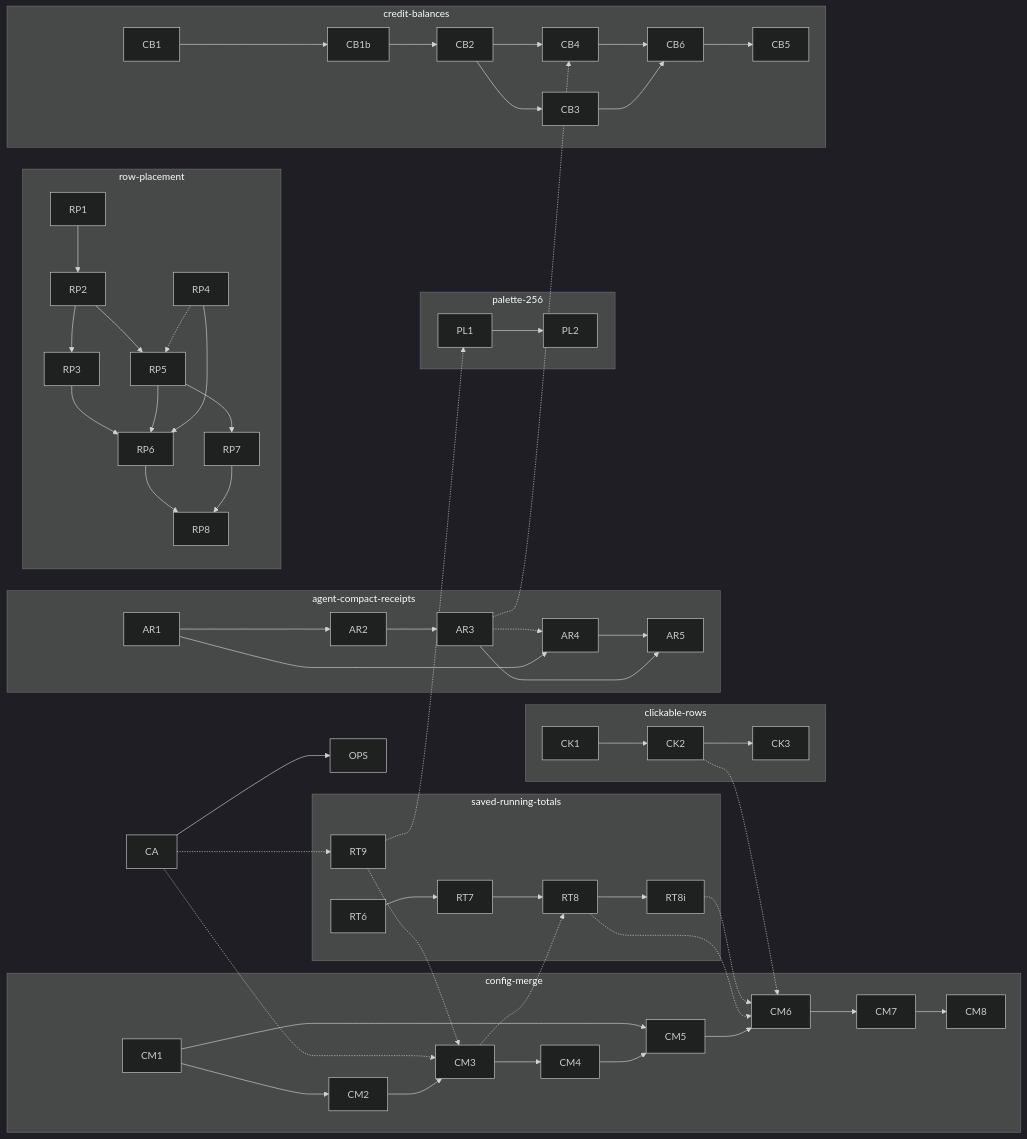
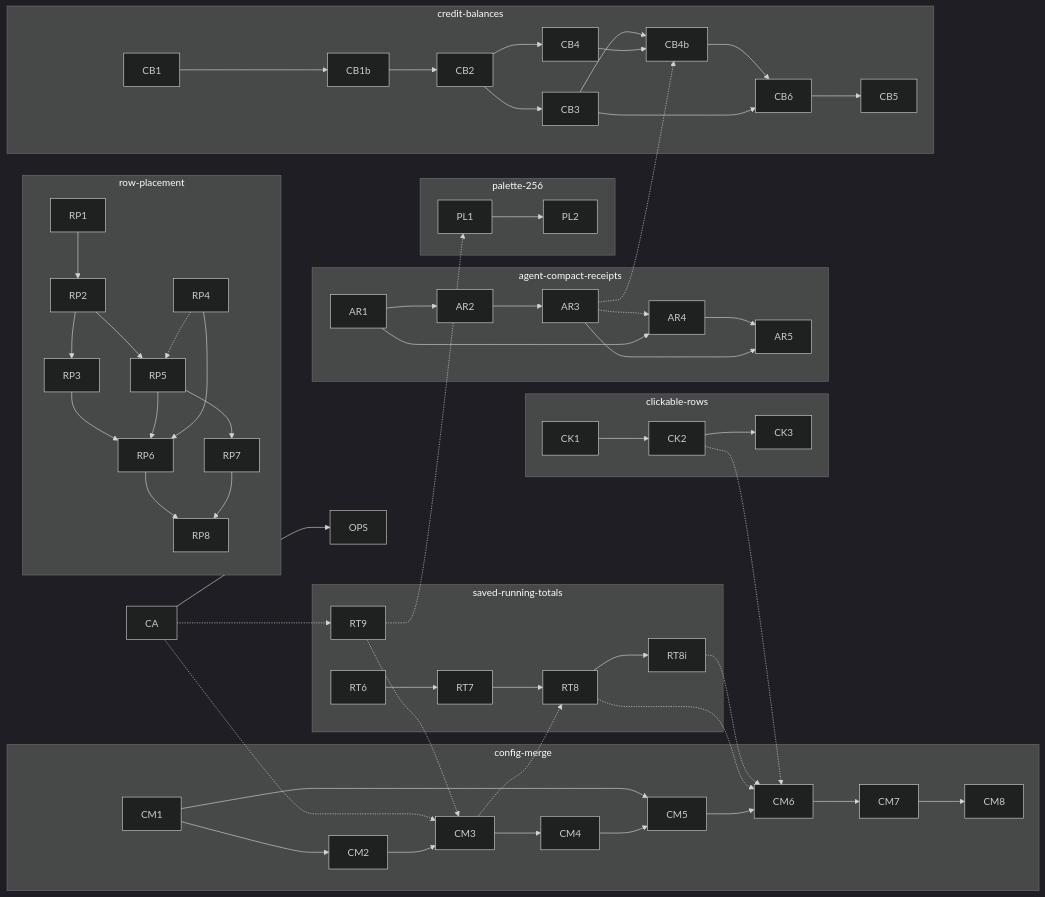
One commit to nhooey/claude-code-usage-statusline changed the diagram in agents/plans/_schedule.md. Above: the diagram before and after it, drawn with Mermaid (dark theme). The commit also changed other lines of this file and 11 other files, not shown here.

````diff
--- a/agents/plans/_schedule.md
+++ b/agents/plans/_schedule.md
@@ -90,45 +91,46 @@
 ```mermaid
 flowchart LR
   subgraph config-merge
     CM1 --> CM2 --> CM3 --> CM4 --> CM5 --> CM6 --> CM7 --> CM8
     CM1 --> CM5
   end
   subgraph saved-running-totals
     RT6 --> RT7 --> RT8 --> RT8i
     RT9
   end
   CA -.-> CM3
   CA -.-> RT9
   RT9 -.-> CM3
   CM3 -.-> RT8
   RT8 -.-> CM6
   RT8i -.-> CM6
   CA --> OPS
   subgraph clickable-rows
     CK1 --> CK2 --> CK3
   end
   subgraph palette-256
     PL1 --> PL2
   end
   CK2 -.-> CM6
   RT9 -.-> PL1
   subgraph row-placement
     RP1 --> RP2 --> RP3 --> RP6
     RP2 --> RP5 --> RP6
     RP4 --> RP6
     RP5 --> RP7
     RP6 --> RP8
     RP7 --> RP8
   end
   subgraph agent-compact-receipts
     AR1 --> AR2 --> AR3 --> AR5
     AR1 --> AR4 --> AR5
   end
   subgraph credit-balances
     CB1 --> CB1b --> CB2 --> CB3 --> CB6 --> CB5
-    CB2 --> CB4 --> CB6
+    CB2 --> CB4 --> CB4b --> CB6
+    CB3 --> CB4b
   end
   AR3 -.-> AR4
-  AR3 -.-> CB4
+  AR3 -.-> CB4b
   RP4 -.-> RP5
 ```
````
